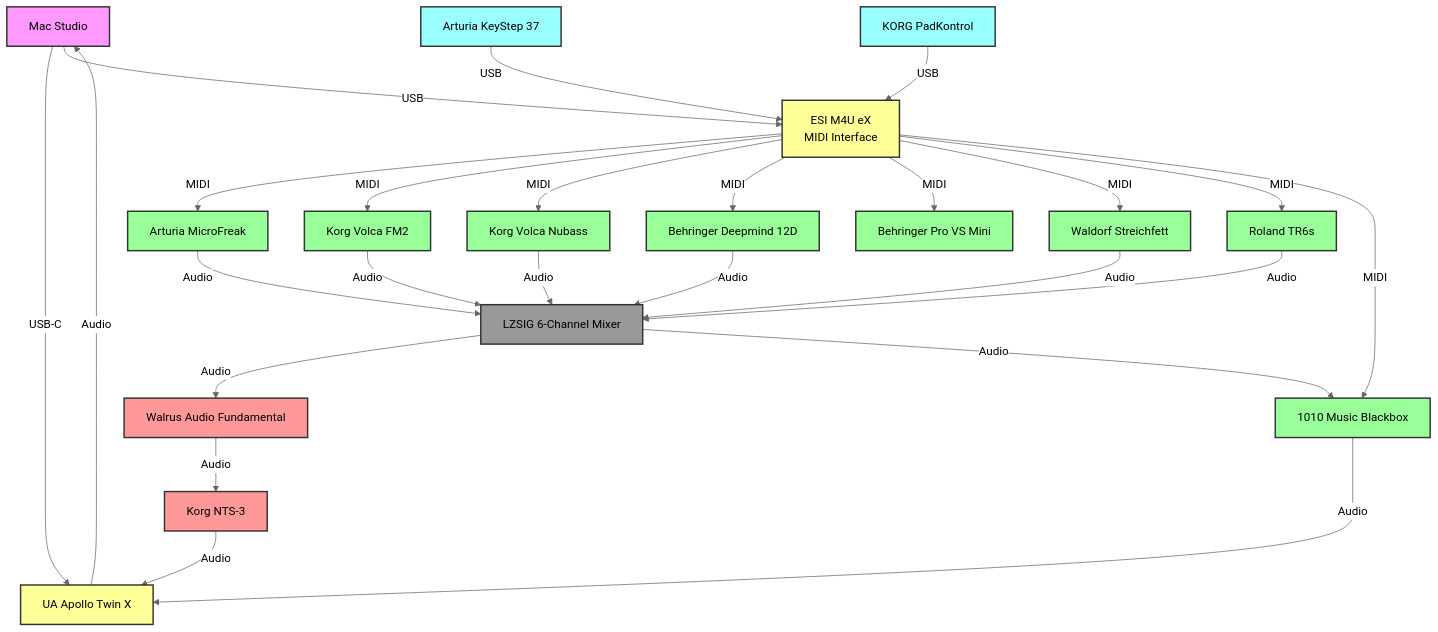
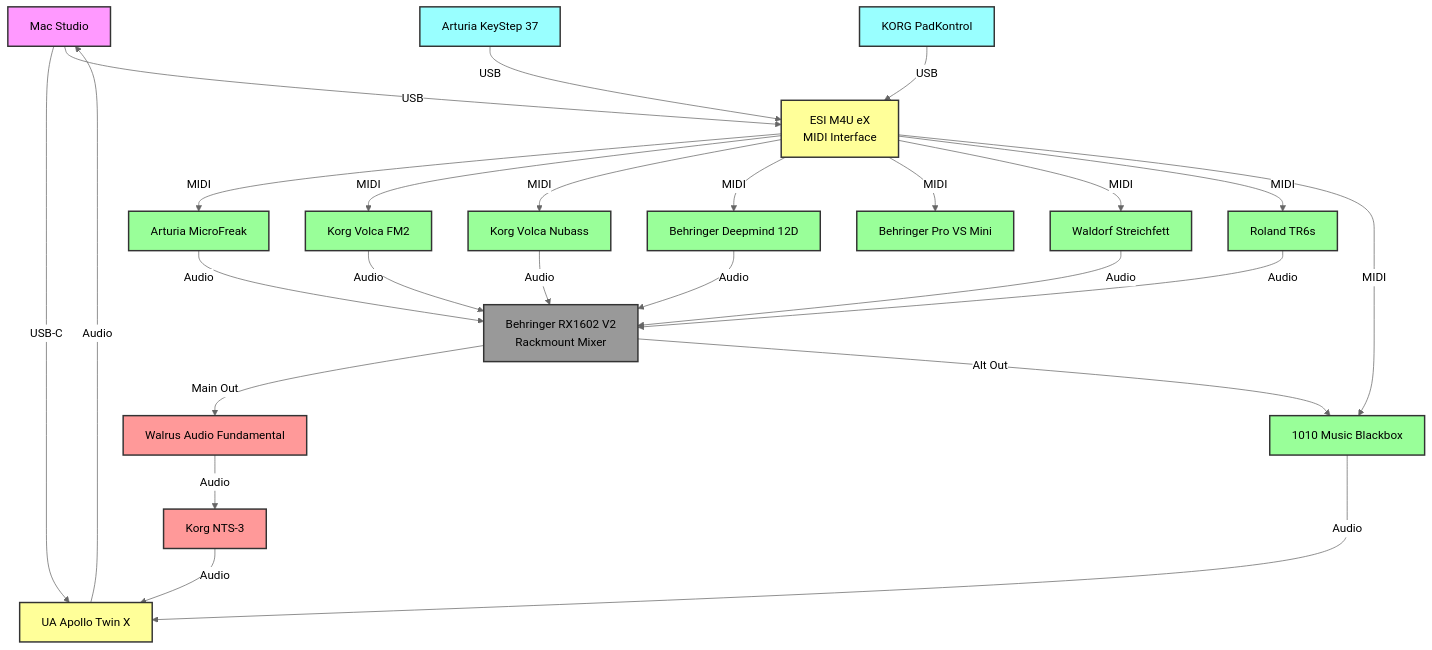
One commit to xdotcommer/music-studio changed the diagram in README.md. Above: the diagram before and after it, drawn with Mermaid (neutral theme). The commit also changed other lines of this file and 1 other file, not shown here.

````diff
--- a/README.md
+++ b/README.md
@@ -22,78 +22,76 @@
 ```mermaid
 graph TB
     %% Computer and Interface
     MAC[Mac Studio]
     APOLLO[UA Apollo Twin X]
     MIDI_HUB[ESI M4U eX<br/>MIDI Interface]
 
     %% MIDI Controllers
     KEY37[Arturia KeyStep 37]
     PADK[KORG PadKontrol]
 
     %% Sound Sources
     MICRO[Arturia MicroFreak]
     VOLCAFM[Korg Volca FM2]
     NUBASS[Korg Volca Nubass]
     DM12[Behringer Deepmind 12D]
     PROMINI[Behringer Pro VS Mini]
     STREICH[Waldorf Streichfett]
     TR6S[Roland TR6s]
     BB[1010 Music Blackbox]
 
     %% Effects
     WALRUS[Walrus Audio Fundamental]
     NTS3[Korg NTS-3]
 
     %% Mixer
-    MIXER[LZSIG 6-Channel Mixer]
+    MIXER[Behringer RX1602 V2<br/>Rackmount Mixer]
 
     %% USB Connections
     MAC -->|USB-C| APOLLO
     MAC -->|USB| MIDI_HUB
 
     %% MIDI Controllers to Interface
     KEY37 -->|USB| MIDI_HUB
     PADK -->|USB| MIDI_HUB
 
     %% MIDI Connections
     MIDI_HUB -->|MIDI| MICRO
     MIDI_HUB -->|MIDI| VOLCAFM
     MIDI_HUB -->|MIDI| NUBASS
     MIDI_HUB -->|MIDI| DM12
     MIDI_HUB -->|MIDI| PROMINI
     MIDI_HUB -->|MIDI| STREICH
     MIDI_HUB -->|MIDI| TR6S
     MIDI_HUB -->|MIDI| BB
 
     %% Audio Connections to Mixer
     MICRO -->|Audio| MIXER
     VOLCAFM -->|Audio| MIXER
     NUBASS -->|Audio| MIXER
     DM12 -->|Audio| MIXER
     STREICH -->|Audio| MIXER
     TR6S -->|Audio| MIXER
 
     %% Audio Recording Path Options
-    MIXER -->|Audio| WALRUS
+    MIXER -->|Main Out| WALRUS
+    MIXER -->|Alt Out| BB
     WALRUS -->|Audio| NTS3
     NTS3 -->|Audio| APOLLO
+    BB -->|Audio| APOLLO
     APOLLO -->|Audio| MAC
-
-    %% Blackbox Recording Path
-    MIXER -->|Audio| BB
-    BB -->|Audio| APOLLO
 
     classDef computer fill:#f9f,stroke:#333,stroke-width:2px
     classDef interface fill:#ff9,stroke:#333,stroke-width:2px
     classDef controller fill:#9ff,stroke:#333,stroke-width:2px
     classDef synth fill:#9f9,stroke:#333,stroke-width:2px
     classDef effect fill:#f99,stroke:#333,stroke-width:2px
     classDef mixer fill:#999,stroke:#333,stroke-width:2px
 
     class MAC computer
     class APOLLO,MIDI_HUB interface
     class KEY37,PADK controller
     class MICRO,VOLCAFM,NUBASS,DM12,PROMINI,STREICH,TR6S,BB synth
     class WALRUS,NTS3 effect
     class MIXER mixer
 ```
````
